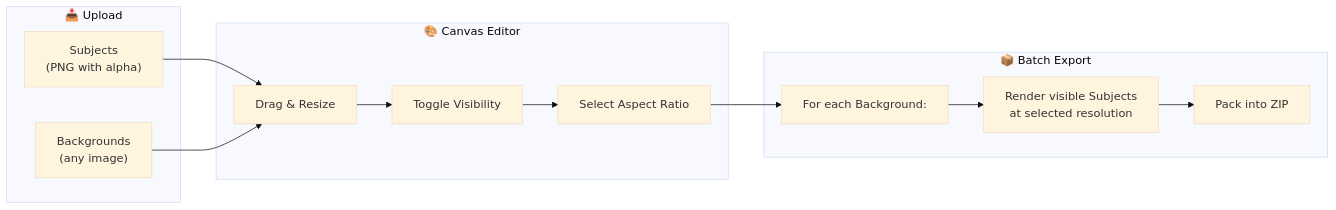
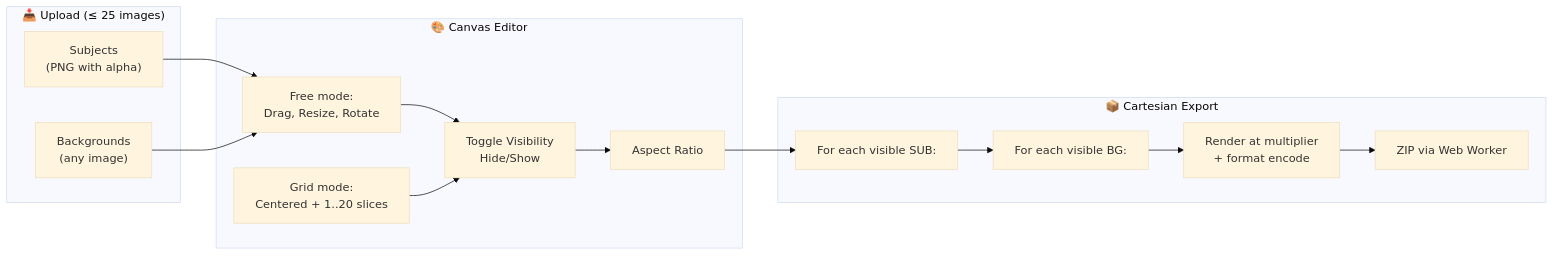
One commit to vandre-sales/Alpha-Compose changed the first of 2 diagrams in README.md. Above: the diagram before and after it, drawn with Mermaid (base theme). The commit also changed other lines of this file and 10 other files, not shown here.

````diff
--- a/README.md
+++ b/README.md
@@ -44,24 +67,28 @@
 ```mermaid
 flowchart LR
-    subgraph UPLOAD["📥 Upload"]
+    subgraph UPLOAD["📥 Upload (≤ 25 images)"]
         A1["Subjects<br/>(PNG with alpha)"]
         A2["Backgrounds<br/>(any image)"]
     end
 
     subgraph COMPOSE["🎨 Canvas Editor"]
-        B1["Drag & Resize"]
-        B2["Toggle Visibility"]
-        B3["Select Aspect Ratio"]
+        B1["Free mode:<br/>Drag, Resize, Rotate"]
+        B2["Grid mode:<br/>Centered + 1..20 slices"]
+        B3["Toggle Visibility<br/>Hide/Show"]
+        B4["Aspect Ratio"]
     end
 
-    subgraph EXPORT["📦 Batch Export"]
-        C1["For each Background:"]
-        C2["Render visible Subjects<br/>at selected resolution"]
-        C3["Pack into ZIP"]
+    subgraph EXPORT["📦 Cartesian Export"]
+        C1["For each visible SUB:"]
+        C2["For each visible BG:"]
+        C3["Render at multiplier<br/>+ format encode"]
+        C4["ZIP via Web Worker"]
     end
 
     A1 --> B1
     A2 --> B1
-    B1 --> B2 --> B3
-    B3 --> C1 --> C2 --> C3
+    B1 --> B3
+    B2 --> B3
+    B3 --> B4
+    B4 --> C1 --> C2 --> C3 --> C4
 ```
````
